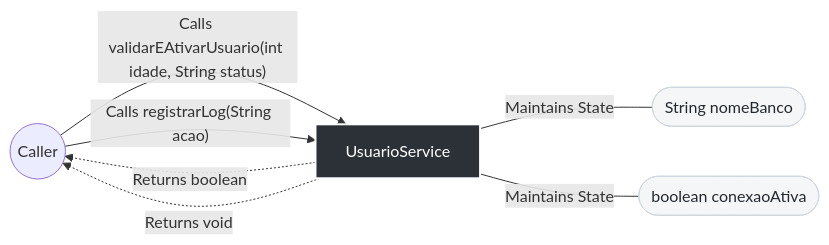
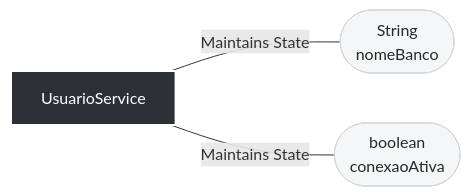
One commit to FelipeMCassiano/geanky changed the first of 3 diagrams in docs/UsuarioService.md. Above: the diagram before and after it, drawn with Mermaid. The commit also changed other lines of this file and 6 other files, not shown here.

````diff
--- a/docs/UsuarioService.md
+++ b/docs/UsuarioService.md
@@ -31,30 +31,20 @@
 ```mermaid
 flowchart LR
     %% Styling
     classDef classNode fill:#2b3137,stroke:#fff,stroke-width:2px,color:#fff;
     classDef stateNode fill:#f4f6f8,stroke:#d0d7de,color:#24292f;
     classDef extNode fill:#0366d6,stroke:#fff,stroke-width:2px,color:#fff;
     
-    Caller(("Caller"))
     ThisClass["UsuarioService"]:::classNode
-
-    %% Method Calls
-    
-    Caller -- "Calls validarEAtivarUsuario(int idade, String status)" --> ThisClass
-    ThisClass -. "Returns boolean" .-> Caller
-    
-    Caller -- "Calls registrarLog(String acao)" --> ThisClass
-    ThisClass -. "Returns void" .-> Caller
-    
 
     %% State vs External Dependencies
     
     
-    ThisClass -- "Maintains State" --- State_nomeBanco(["String nomeBanco"]):::stateNode
+    ThisClass -- "Maintains State" --- State_nomeBanco(["String<br>nomeBanco"]):::stateNode
     
     
     
-    ThisClass -- "Maintains State" --- State_conexaoAtiva(["boolean conexaoAtiva"]):::stateNode
+    ThisClass -- "Maintains State" --- State_conexaoAtiva(["boolean<br>conexaoAtiva"]):::stateNode
     
     
 ```
````
